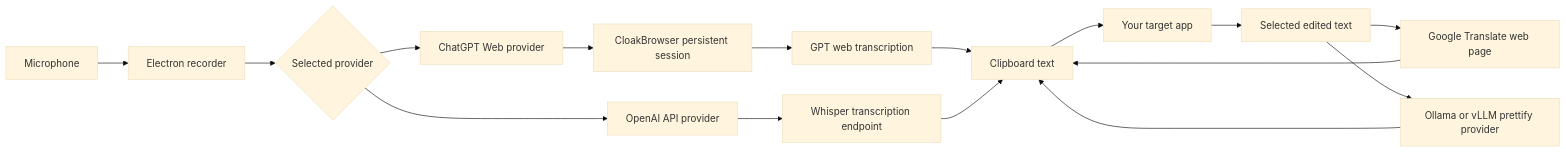
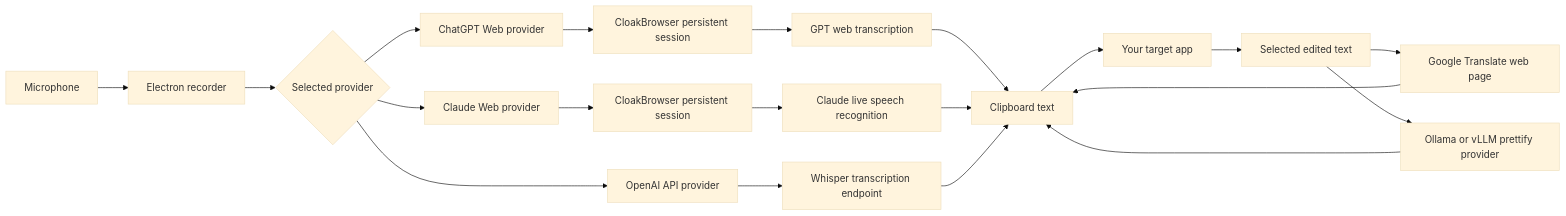
Before and after one commit to swimmwatch/gpt-voice: the diagram in README.md, drawn with Mermaid (base theme). The commit also changed other lines of this file and 14 other files, not shown here.

````diff
--- a/README.md
+++ b/README.md
@@ -48,18 +48,22 @@
 ```mermaid
 flowchart LR
   Mic[Microphone] --> Recorder[Electron recorder]
   Recorder --> Provider{Selected provider}
   Provider --> Web[ChatGPT Web provider]
   Web --> Browser[CloakBrowser persistent session]
   Browser --> ChatGPT[GPT web transcription]
+  Provider --> Claude[Claude Web provider]
+  Claude --> ClaudeBrowser[CloakBrowser persistent session]
+  ClaudeBrowser --> ClaudeAI[Claude live speech recognition]
   Provider --> API[OpenAI API provider]
   API --> Whisper[Whisper transcription endpoint]
   ChatGPT --> Clipboard[Clipboard text]
+  ClaudeAI --> Clipboard
   Whisper --> Clipboard
   Clipboard --> Editor[Your target app]
   Editor --> Selection[Selected edited text]
   Selection --> Google[Google Translate web page]
   Selection --> LLM[Ollama or vLLM prettify provider]
   Google --> Clipboard
   LLM --> Clipboard
 ```
````
